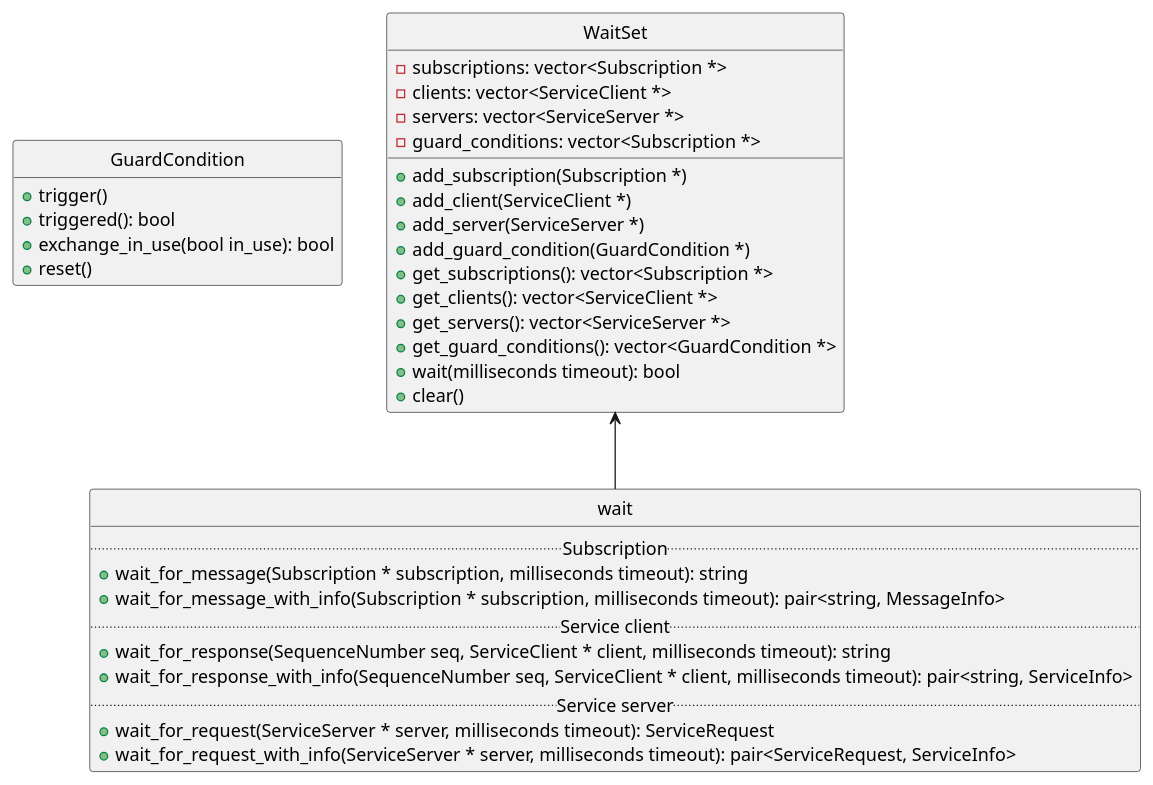
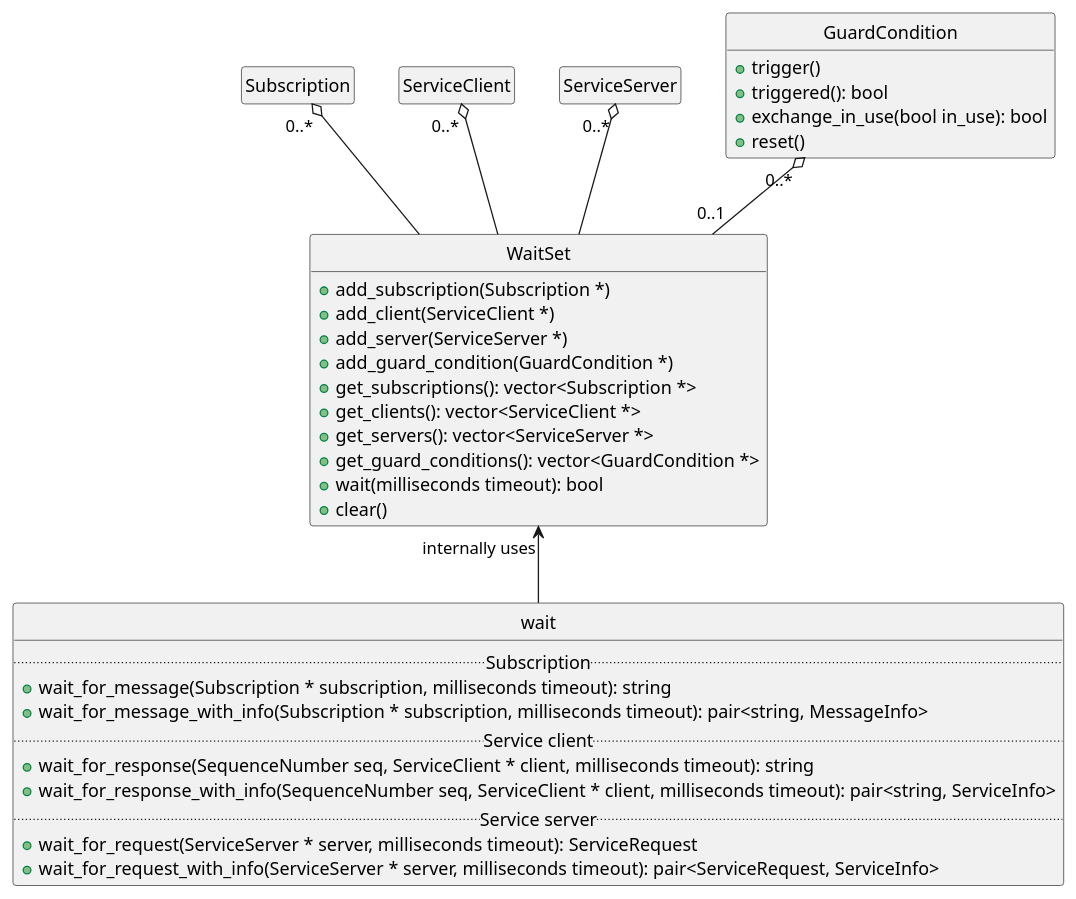
One commit to christophebedard/rmw_email changed the third of 5 diagrams in email/doc/design.md. Above: the diagram before and after it, drawn with PlantUML. The commit also changed other lines of this file, not shown here.

````diff
--- a/email/doc/design.md
+++ b/email/doc/design.md
@@ -267,47 +297,50 @@
 ```plantuml
 @startuml
+
+hide empty attributes
+hide empty methods
+hide circle
+
+class Subscription
+class ServiceClient
+class ServiceServer
 
 class GuardCondition {
    +trigger()
    +triggered(): bool
    +exchange_in_use(bool in_use): bool
    +reset()
 }
-hide GuardCondition fields
-hide GuardCondition circle
 
 class WaitSet {
-   -subscriptions: vector<Subscription *>
-   -clients: vector<ServiceClient *>
-   -servers: vector<ServiceServer *>
-   -guard_conditions: vector<Subscription *>
    +add_subscription(Subscription *)
    +add_client(ServiceClient *)
    +add_server(ServiceServer *)
    +add_guard_condition(GuardCondition *)
    +get_subscriptions(): vector<Subscription *>
    +get_clients(): vector<ServiceClient *>
    +get_servers(): vector<ServiceServer *>
    +get_guard_conditions(): vector<GuardCondition *>
    +wait(milliseconds timeout): bool
    +clear()
 }
-hide WaitSet circle
+Subscription "0..*" o-- WaitSet
+ServiceClient "0..*" o-- WaitSet
+ServiceServer "0..*" o-- WaitSet
+GuardCondition "0..*" o-- "0..1" WaitSet
 
 class wait. {
    .. Subscription ..
    +wait_for_message(Subscription * subscription, milliseconds timeout): string
    +wait_for_message_with_info(Subscription * subscription, milliseconds timeout): pair<string, MessageInfo>
    .. Service client ..
    +wait_for_response(SequenceNumber seq, ServiceClient * client, milliseconds timeout): string
    +wait_for_response_with_info(SequenceNumber seq, ServiceClient * client, milliseconds timeout): pair<string, ServiceInfo>
    .. Service server ..
    +wait_for_request(ServiceServer * server, milliseconds timeout): ServiceRequest
    +wait_for_request_with_info(ServiceServer * server, milliseconds timeout): pair<ServiceRequest, ServiceInfo>
 }
-hide wait. circle
-hide wait. fields
-WaitSet <-- wait
+WaitSet "internally uses" <-- wait
 
 @enduml
 ```
````
